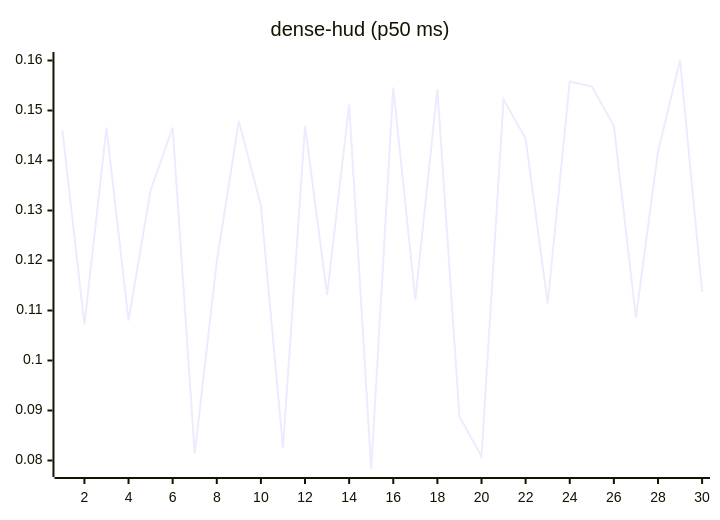
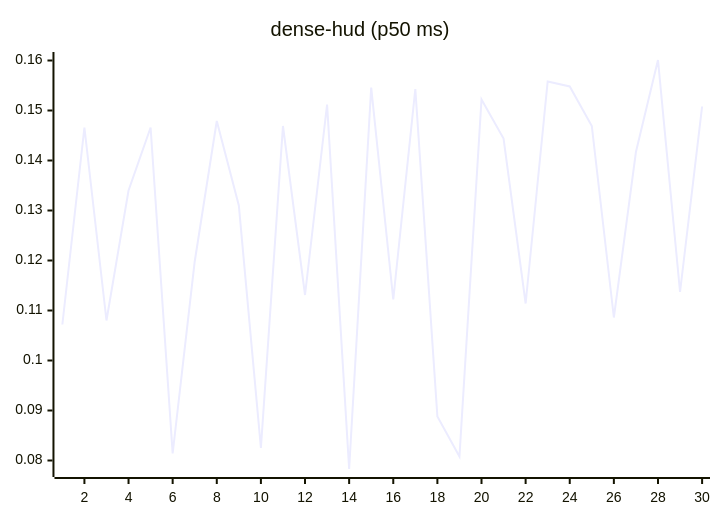
Before and after one commit to josha/Facet: the eighth of 27 diagrams in README.md, drawn with Mermaid. The commit also changed other lines of this file and 2 other files, not shown here.

````diff
--- a/README.md
+++ b/README.md
@@ -112,6 +112,6 @@
 ```mermaid
 xychart-beta
     title "dense-hud (p50 ms)"
     x-axis 1 --> 30
-    line [0.1461, 0.1072, 0.1466, 0.1080, 0.1340, 0.1466, 0.0814, 0.1198, 0.1479, 0.1310, 0.0825, 0.1469, 0.1131, 0.1512, 0.0783, 0.1546, 0.1122, 0.1543, 0.0888, 0.0808, 0.1522, 0.1444, 0.1114, 0.1558, 0.1548, 0.1469, 0.1086, 0.1417, 0.1601, 0.1137]
+    line [0.1072, 0.1466, 0.1080, 0.1340, 0.1466, 0.0814, 0.1198, 0.1479, 0.1310, 0.0825, 0.1469, 0.1131, 0.1512, 0.0783, 0.1546, 0.1122, 0.1543, 0.0888, 0.0808, 0.1522, 0.1444, 0.1114, 0.1558, 0.1548, 0.1469, 0.1086, 0.1417, 0.1601, 0.1137, 0.1508]
 ```
````
